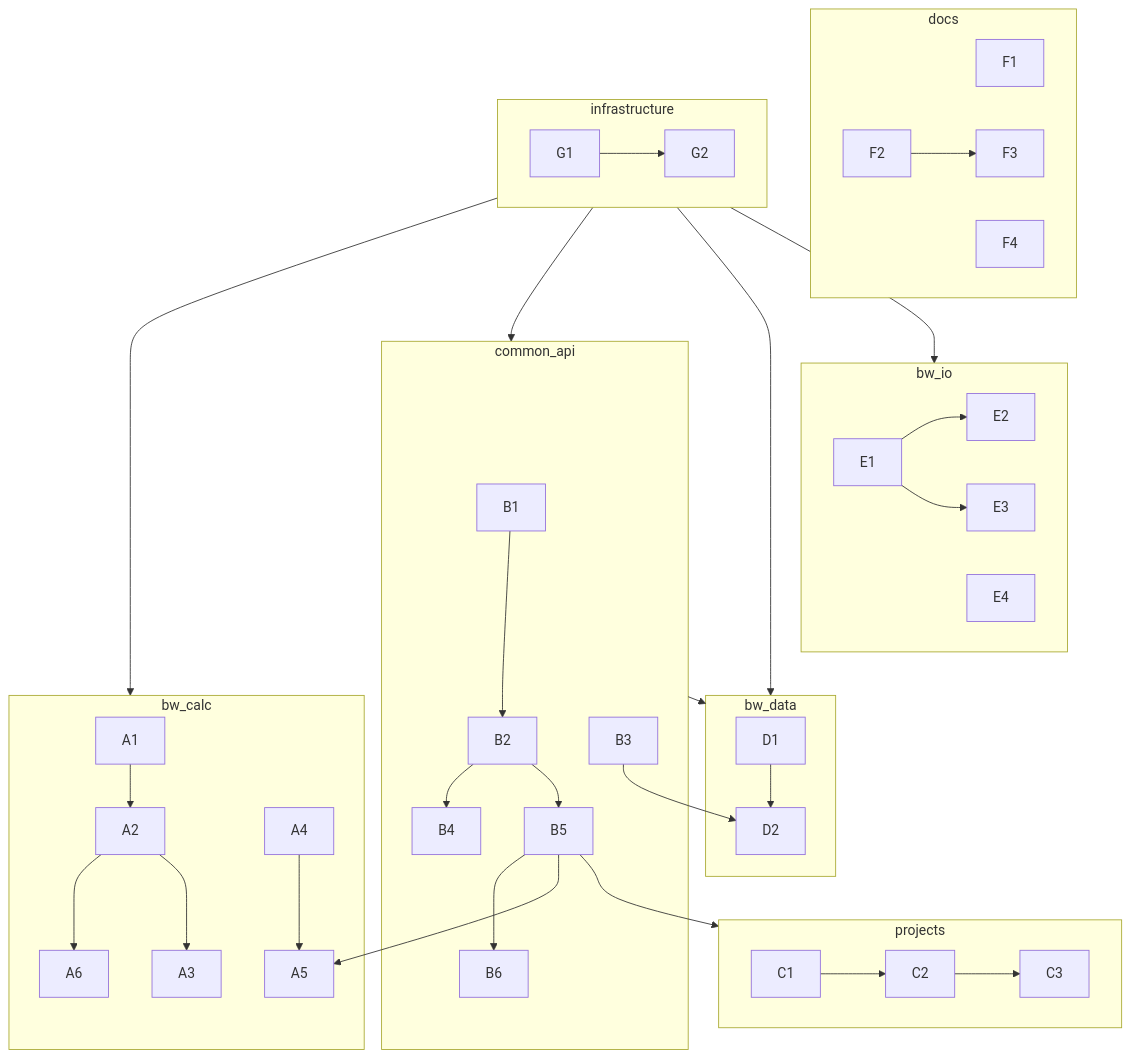
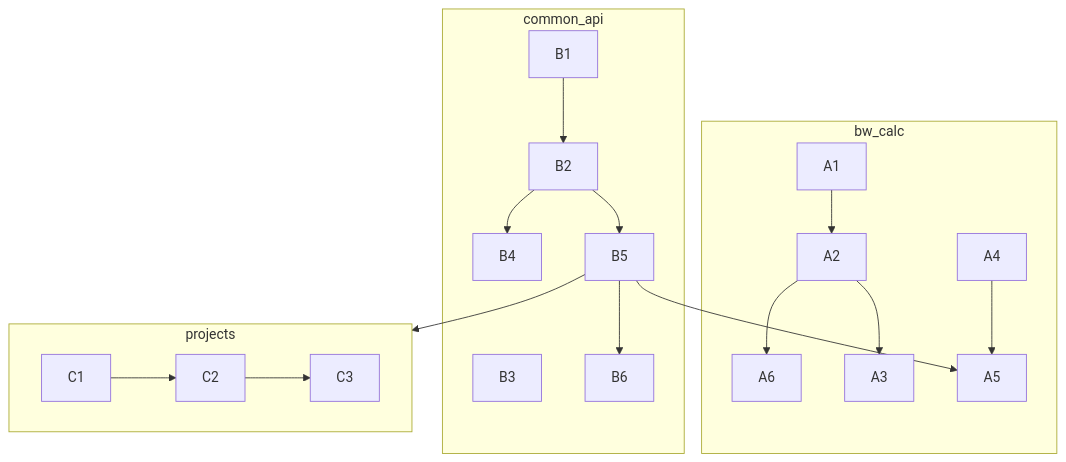
Before and after one commit to brightway-lca/enhancement-proposals: the diagram in Brightway strategic development plan.md, drawn with Mermaid.

Commit message:
Try simpler graph

````diff
--- a/Brightway strategic development plan.md
+++ b/Brightway strategic development plan.md
@@ -148,56 +148,28 @@
 ```mermaid
   graph TD;
 
   subgraph bw_calc
     A1 --> A2
     A2 --> A6
     A2 --> A3
     A4 --> A5
   end
 
   subgraph common_api
     B1 --> B2
     B2 --> B4
     B3
     B2 --> B5
     B5 --> B6
   end
 
   B5 --> A5
 
   subgraph projects
     C1 --> C2
     C2 --> C3
   end
 
   B5 --> projects
 
-  subgraph bw_data
-    D1 --> D2
-  end
-
-  common_api --> bw_data
-  B3 --> D2
-
-  subgraph bw_io
-    E1 --> E2
-    E1 --> E3
-    E4
-  end
-
-  subgraph docs
-    F1
-    F2 --> F3
-    F4
-  end
-
-  subgraph infrastructure
-    G1 --> G2
-  end
-
-  infrastructure --> bw_calc
-  infrastructure --> common_api
-  infrastructure --> bw_data
-  infrastructure --> bw_io
-
 ```
````
